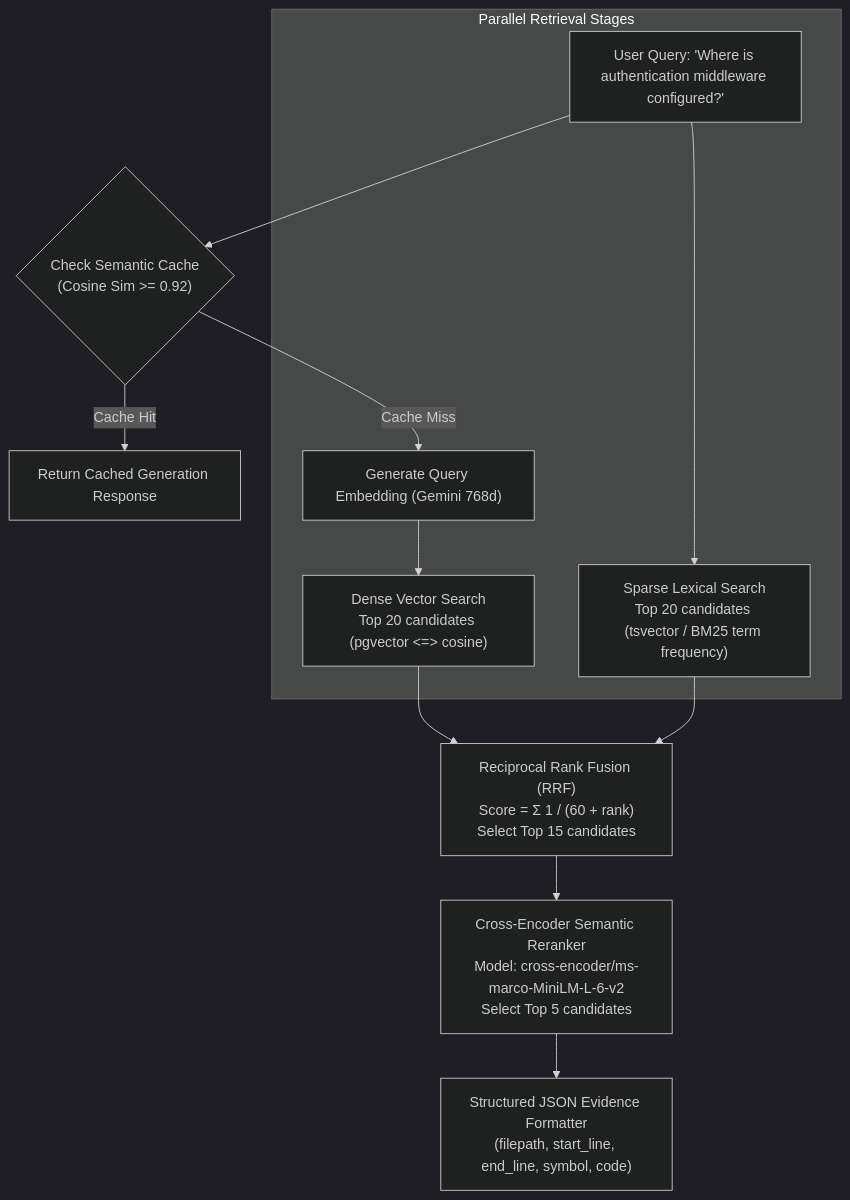
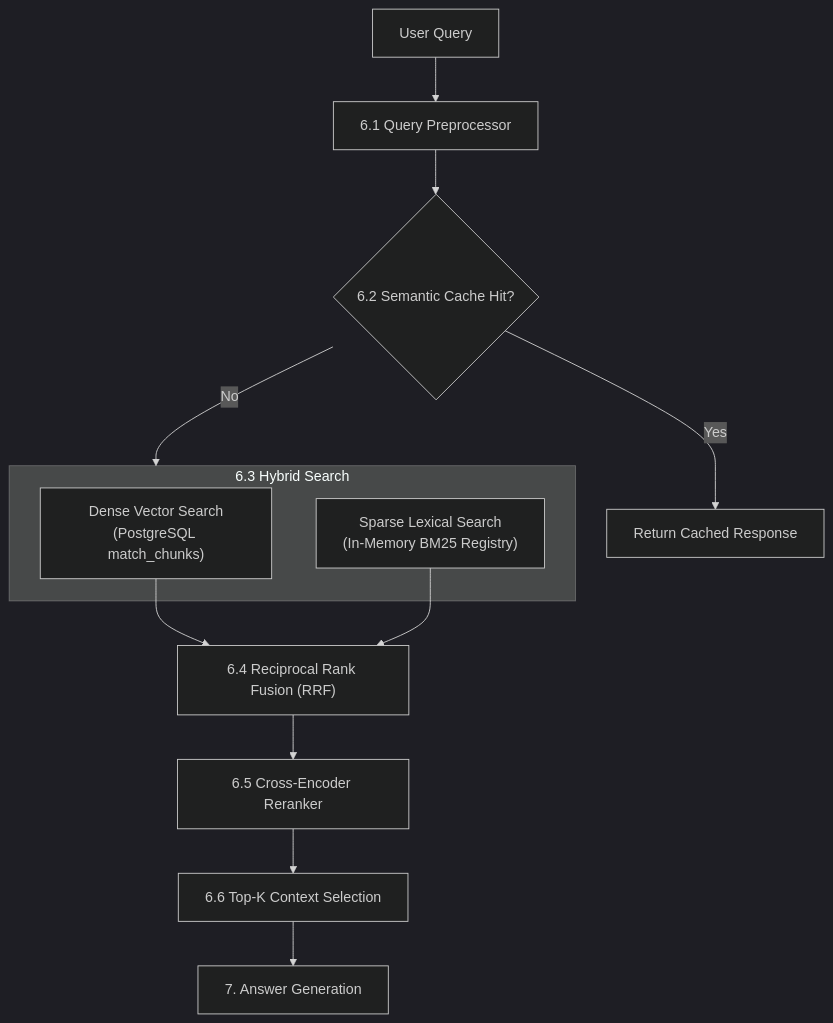
Before and after one commit to mohith789p/codeAtlas: the third of 4 diagrams in docs/ARCHITECTURE.md, drawn with Mermaid (dark theme). The commit also changed other lines of this file and 156 other files, not shown here.

Commit message:
refactor : modularize backend, frontend and documentation architecture

````diff
--- a/docs/ARCHITECTURE.md
+++ b/docs/ARCHITECTURE.md
@@ -134,20 +156,18 @@
 ```mermaid
 flowchart TD
-    Query["User Query: 'Where is authentication middleware configured?'"] --> CacheCheck{"Check Semantic Cache<br/>(Cosine Sim >= 0.92)"}
-    
-    CacheCheck -->|Cache Hit| ReturnCached["Return Cached Generation Response"]
-    
-    CacheCheck -->|Cache Miss| QueryEmbedding["Generate Query Embedding (Gemini 768d)"]
-    
-    subgraph ParallelRetrieval ["Parallel Retrieval Stages"]
-        QueryEmbedding --> Dense["Dense Vector Search<br/>Top 20 candidates (pgvector <=> cosine)"]
-        Query --> Sparse["Sparse Lexical Search<br/>Top 20 candidates (tsvector / BM25 term frequency)"]
+    Query["User Query"] --> Pre["6.1 Query Preprocessor"]
+    Pre --> CacheCheck{"6.2 Semantic Cache Hit?"}
+    CacheCheck -- Yes --> CacheReturn["Return Cached Response"]
+    CacheCheck -- No --> ParallelSearch
+
+    subgraph ParallelSearch ["6.3 Hybrid Search"]
+        Dense["Dense Vector Search<br/>(PostgreSQL match_chunks)"]
+        Sparse["Sparse Lexical Search<br/>(In-Memory BM25 Registry)"]
     end
-    
-    Dense --> RRF["Reciprocal Rank Fusion (RRF)<br/>Score = Σ 1 / (60 + rank)<br/>Select Top 15 candidates"]
-    Sparse --> RRF
-    
-    RRF --> Reranker["Cross-Encoder Semantic Reranker<br/>Model: cross-encoder/ms-marco-MiniLM-L-6-v2<br/>Select Top 5 candidates"]
-    
-    Reranker --> FormattedEvidence["Structured JSON Evidence Formatter<br/>(filepath, start_line, end_line, symbol, code)"]
+
+    Dense --> Fusion["6.4 Reciprocal Rank Fusion (RRF)"]
+    Sparse --> Fusion
+    Fusion --> Rerank["6.5 Cross-Encoder Reranker"]
+    Rerank --> Context["6.6 Top-K Context Selection"]
+    Context --> AnswerGen["7. Answer Generation"]
 ```
````
